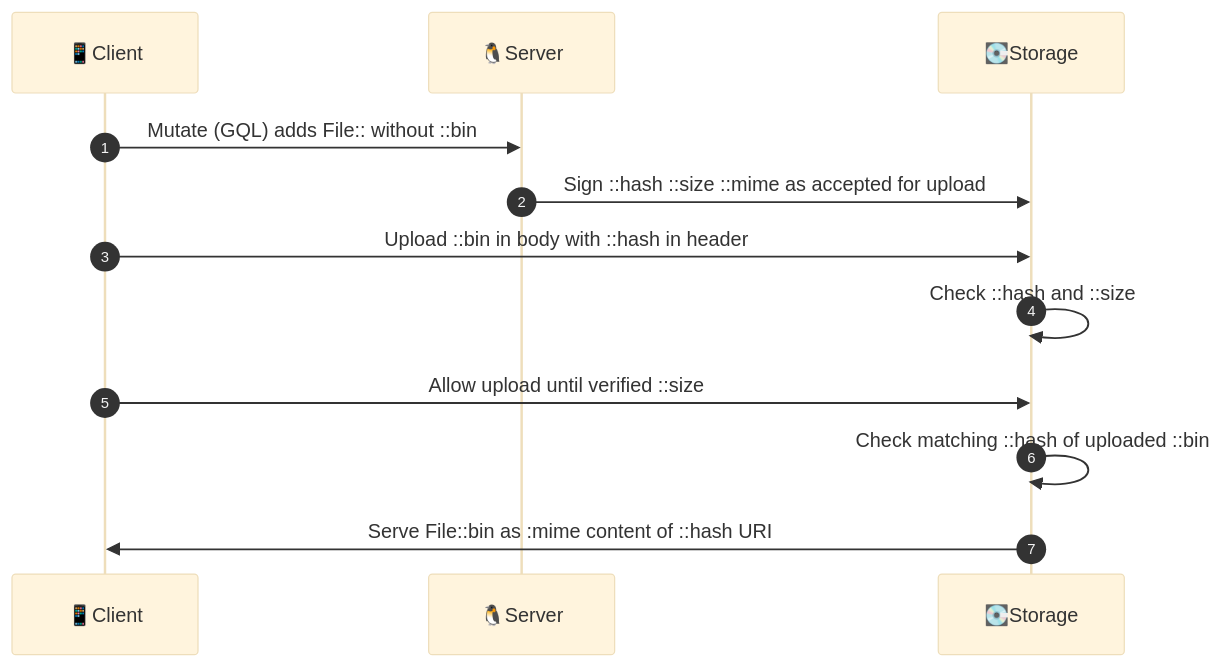
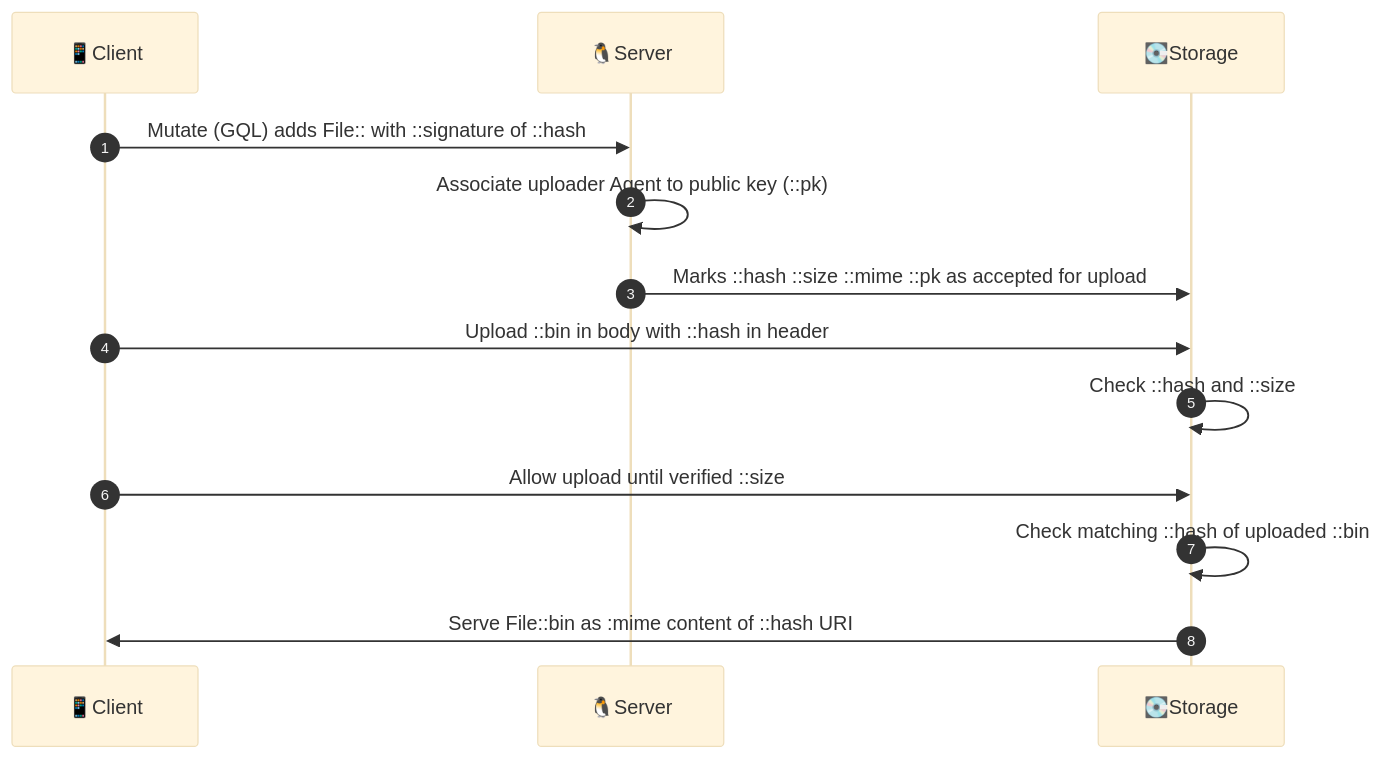
Before and after one commit to interfacerproject/zenflows-crypto: the second of 2 diagrams in README.md, drawn with Mermaid (base theme). The commit also changed other lines of this file, not shown here.

Commit message:
updated upload with more details

````diff
--- a/README.md
+++ b/README.md
@@ -97,14 +124,15 @@
 ```mermaid
 sequenceDiagram
 autonumber
   participant C as 📱Client
   participant S as 🐧Server
   participant F as 💽Storage
-  C->>S: Mutate (GQL) adds File:: without ::bin
-  S->>F: Sign ::hash ::size ::mime as accepted for upload
+  C->>S: Mutate (GQL) adds File:: with ::signature of ::hash
+  S->>S: Associate uploader Agent to public key (::pk)
+  S->>F: Marks ::hash ::size ::mime ::pk as accepted for upload
   C->>F: Upload ::bin in body with ::hash in header
   F->>F: Check ::hash and ::size
   C->>F: Allow upload until verified ::size
   F->>F: Check matching ::hash of uploaded ::bin
   F->>C: Serve File::bin as :mime content of ::hash URI
 ```
````
